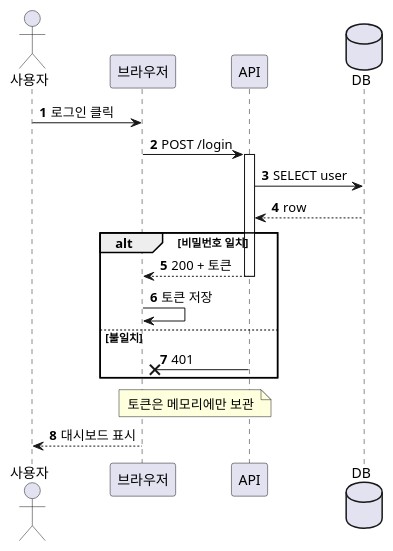
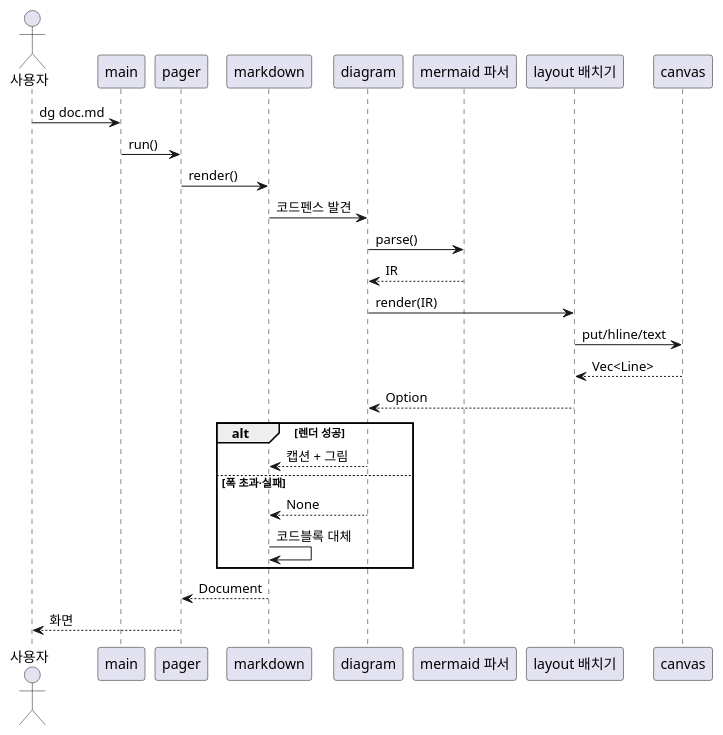
The fifth of 14 diagrams in examples/architecture.md (hodorii/dg), drawn with PlantUML before and after one commit. The commit also changed other lines of this file and 22 other files, not shown here.

First line of the commit message:
mermaid 다이어그램 7종(gitGraph·block-beta·pie·xychart-beta·quadrantChart·gantt)과 PlantUML @startgantt 지원, 공통 차트 렌더링 기반(layout::chart) 추가

````diff
--- a/examples/architecture.md
+++ b/examples/architecture.md
@@ -90,22 +193,31 @@
 ```plantuml
 @startuml
-autonumber
-actor "사용자" as U
-participant "브라우저" as B
-participant "API" as A
-database "DB" as D
+actor 사용자
+participant "main" as Main
+participant "pager" as Pager
+participant "markdown" as MD
+participant "diagram" as Diagram
+participant "mermaid 파서" as Parser
+participant "layout 배치기" as Layout
+participant "canvas" as Canvas
 
-U -> B : 로그인 클릭
-B -> A ++ : POST /login
-A -> D : SELECT user
-D --> A : row
-alt 비밀번호 일치
-  A --> B -- : 200 + 토큰
-  B -> B : 토큰 저장
-else 불일치
-  A ->x B : 401
+사용자 -> Main : dg doc.md
+Main -> Pager : run()
+Pager -> MD : render()
+MD -> Diagram : 코드펜스 발견
+Diagram -> Parser : parse()
+Parser --> Diagram : IR
+Diagram -> Layout : render(IR)
+Layout -> Canvas : put/hline/text
+Canvas --> Layout : Vec<Line>
+Layout --> Diagram : Option
+alt 렌더 성공
+  Diagram --> MD : 캡션 + 그림
+else 폭 초과·실패
+  Diagram --> MD : None
+  MD -> MD : 코드블록 대체
 end
-note over B, A : 토큰은 메모리에만 보관
-B --> U : 대시보드 표시
+MD --> Pager : Document
+Pager --> 사용자 : 화면
 @enduml
 ```
````
